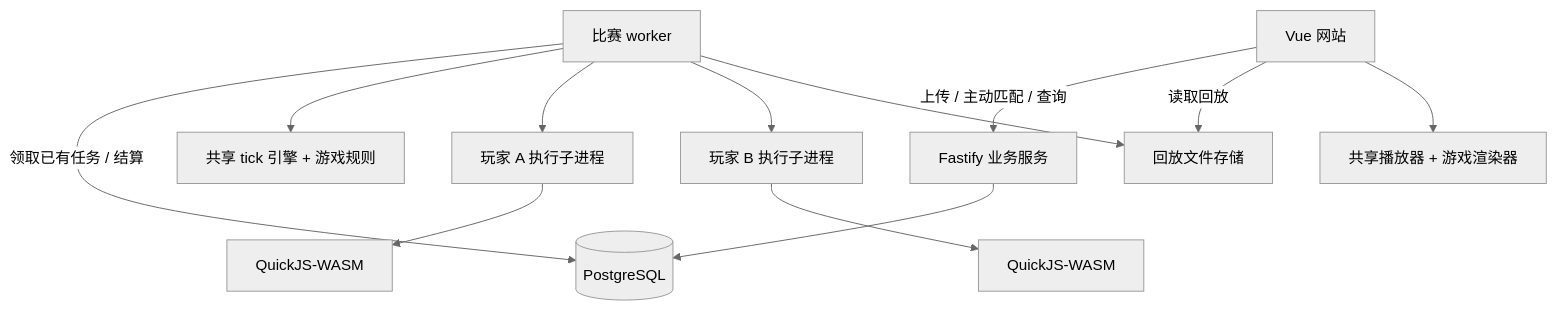
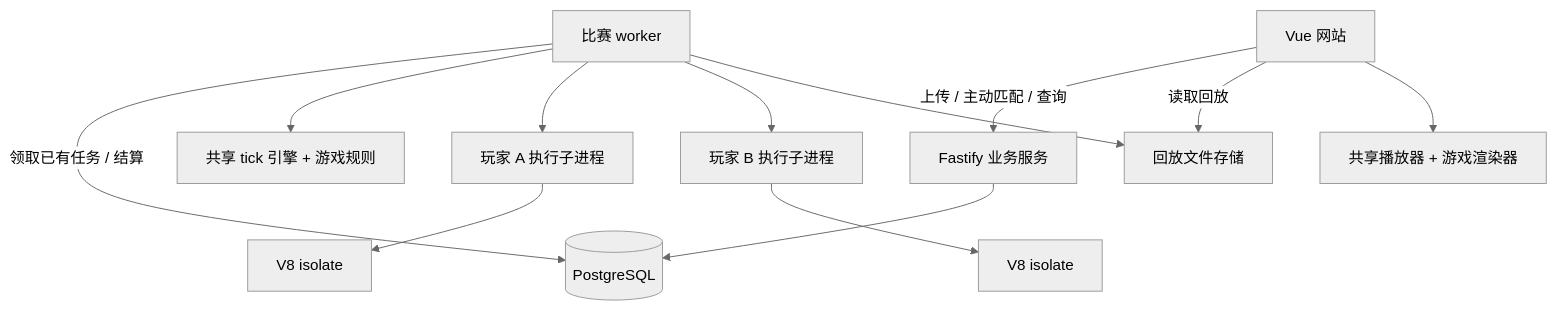
The diagram in docs/architecture/overview.md (KurohaneKaoruko/si-arena), drawn with Mermaid (neutral theme) before and after one commit. The commit also changed other lines of this file and 43 other files, not shown here.

````diff
--- a/docs/architecture/overview.md
+++ b/docs/architecture/overview.md
@@ -24,14 +24,14 @@
 ```mermaid
 flowchart TD
     Web[Vue 网站] -->|上传 / 主动匹配 / 查询| API[Fastify 业务服务]
     API --> DB[(PostgreSQL)]
     Worker[比赛 worker] -->|领取已有任务 / 结算| DB
     Worker --> Engine[共享 tick 引擎 + 游戏规则]
     Worker --> RunnerA[玩家 A 执行子进程]
     Worker --> RunnerB[玩家 B 执行子进程]
-    RunnerA --> QA[QuickJS-WASM]
-    RunnerB --> QB[QuickJS-WASM]
+    RunnerA --> QA[V8 isolate]
+    RunnerB --> QB[V8 isolate]
     Worker --> Replays[回放文件存储]
     Web -->|读取回放| Replays
     Web --> Player[共享播放器 + 游戏渲染器]
 ```
````
